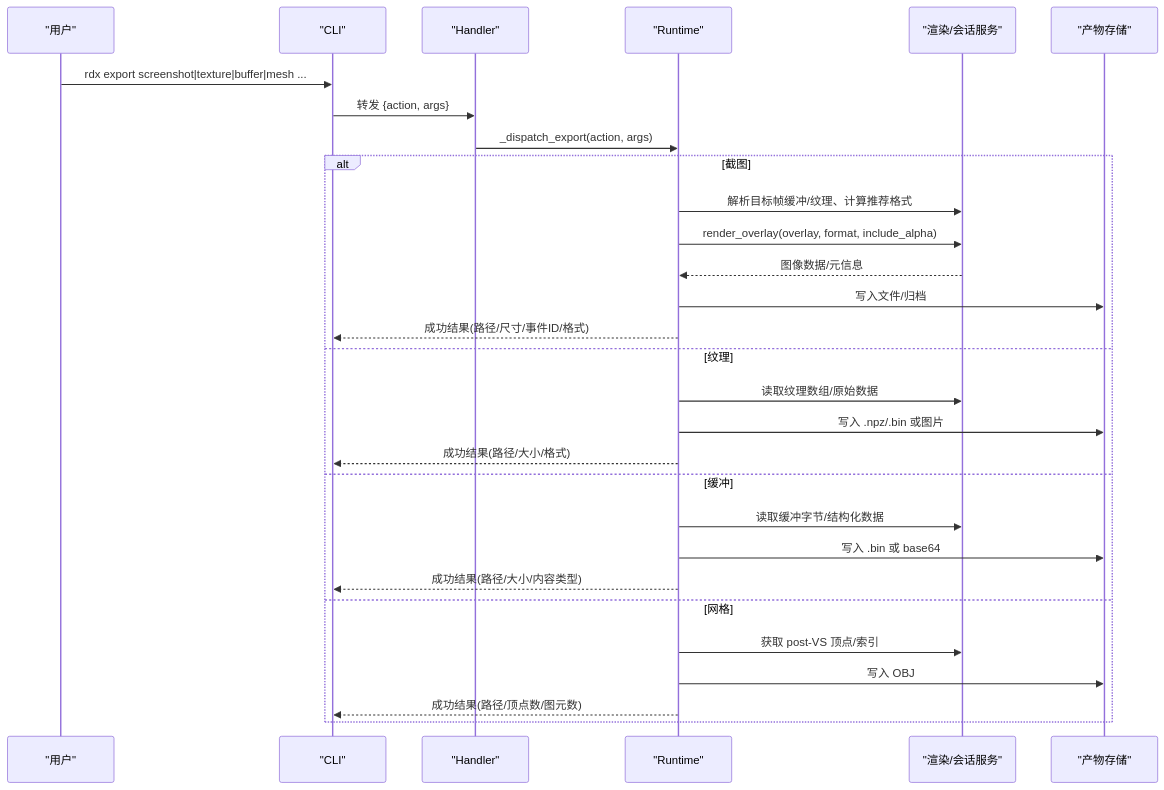
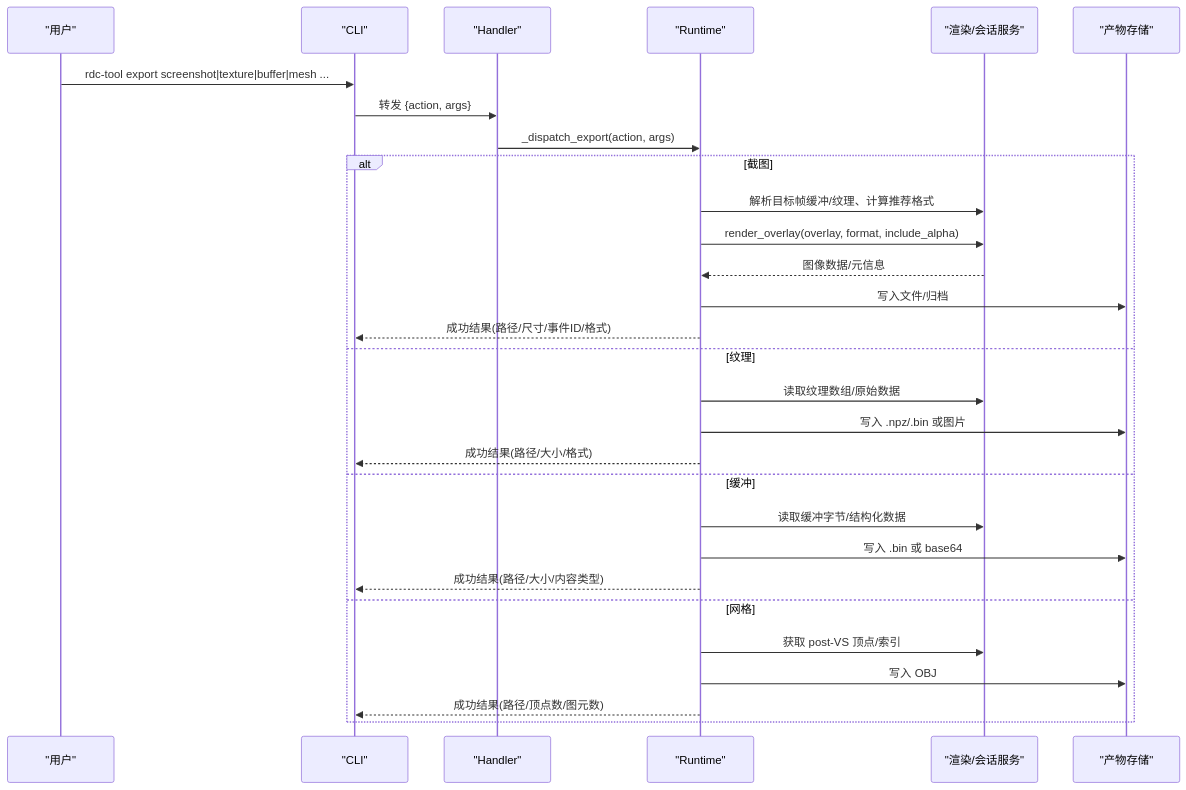
One commit to haolange/RDC-Tool changed the second of 7 diagrams in .qoder/repowiki/zh/content/CLI参考手册/数据导出命令.md. Above: the diagram before and after it, drawn with Mermaid. The commit also changed other lines of this file and 388 other files, not shown here.

First line of the commit message:
Release RDC-Tool identity and public maintenance surface

````diff
--- a/.qoder/repowiki/zh/content/CLI参考手册/数据导出命令.md
+++ b/.qoder/repowiki/zh/content/CLI参考手册/数据导出命令.md
@@ -71,31 +71,31 @@
 ```mermaid
 sequenceDiagram
 participant U as "用户"
 participant C as "CLI"
 participant H as "Handler"
 participant R as "Runtime"
 participant S as "渲染/会话服务"
 participant A as "产物存储"
-U->>C : rdx export screenshot|texture|buffer|mesh ...
+U->>C : rdc-tool export screenshot|texture|buffer|mesh ...
 C->>H : 转发 {action, args}
 H->>R : _dispatch_export(action, args)
 alt 截图
 R->>S : 解析目标帧缓冲/纹理、计算推荐格式
 R->>S : render_overlay(overlay, format, include_alpha)
 S-->>R : 图像数据/元信息
 R->>A : 写入文件/归档
 R-->>C : 成功结果(路径/尺寸/事件ID/格式)
 else 纹理
 R->>S : 读取纹理数组/原始数据
 R->>A : 写入 .npz/.bin 或图片
 R-->>C : 成功结果(路径/大小/格式)
 else 缓冲
 R->>S : 读取缓冲字节/结构化数据
 R->>A : 写入 .bin 或 base64
 R-->>C : 成功结果(路径/大小/内容类型)
 else 网格
 R->>S : 获取 post-VS 顶点/索引
 R->>A : 写入 OBJ
 R-->>C : 成功结果(路径/顶点数/图元数)
 end
 ```
````
